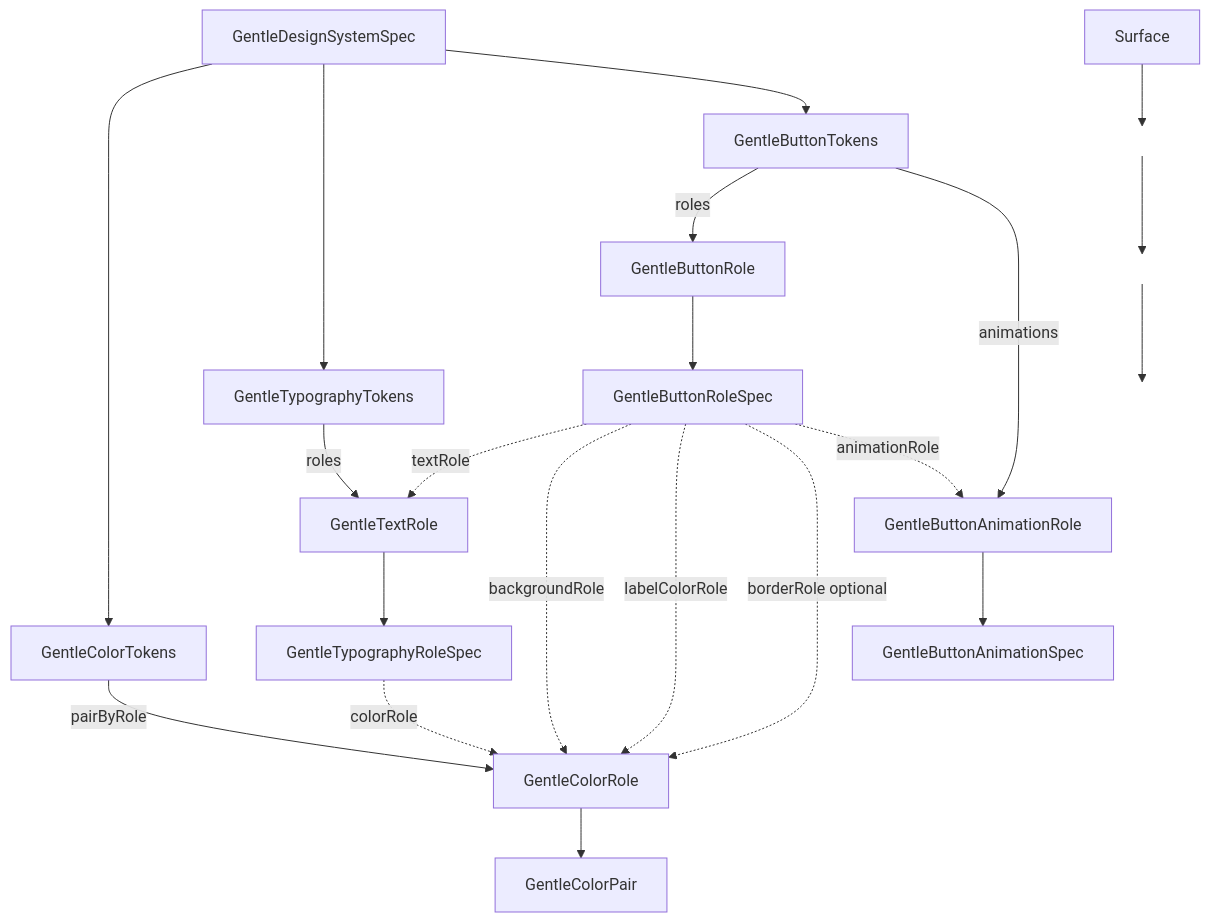
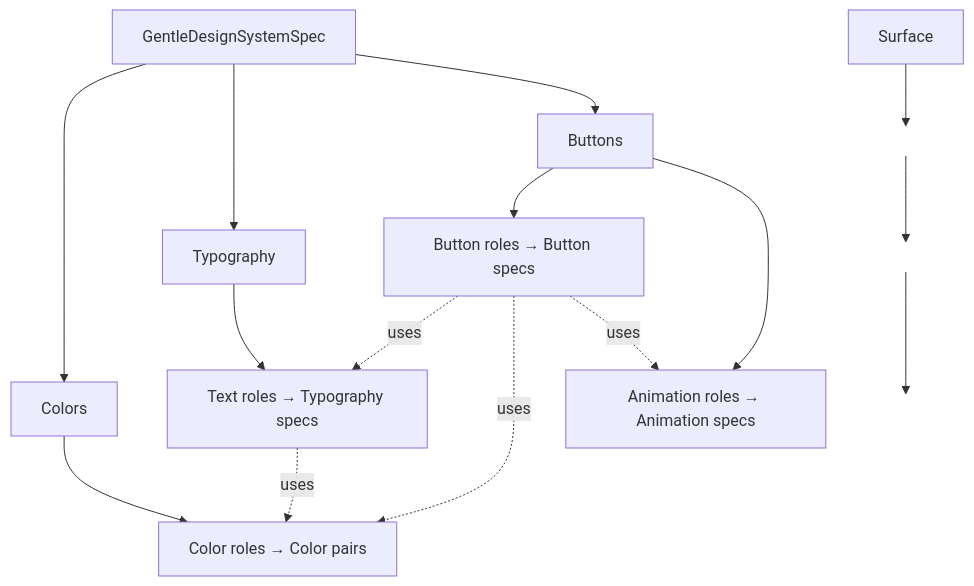
One commit to gentle-giraffe-apps/GentleDesignSystem changed the second of 3 diagrams in README.md. Above: the diagram before and after it, drawn with Mermaid.

Commit message:
doc: readme: improve Token Composition diagram

````diff
--- a/README.md
+++ b/README.md
@@ -125,39 +125,28 @@
 ```mermaid
 flowchart TB
   Spec[GentleDesignSystemSpec]
-  Spec --> Colors[GentleColorTokens]
-  Spec --> Typography[GentleTypographyTokens]
-  Spec --> Buttons[GentleButtonTokens]
+  Spec --> Colors[Colors]
+  Spec --> Type[Typography]
+  Spec --> Buttons[Buttons]
 
-  %% Colors
-  Colors -->|pairByRole| ColorRole[GentleColorRole]
-  ColorRole --> Pair[GentleColorPair]
+  Colors --> CR[Color roles → Color pairs]
+  Type --> TR[Text roles → Typography specs]
+  Buttons --> BR[Button roles → Button specs]
+  Buttons --> AR[Animation roles → Animation specs]
 
-  %% Typography
-  Typography -->|roles| TextRole[GentleTextRole]
-  TextRole --> TypoSpec[GentleTypographyRoleSpec]
-  TypoSpec -.->|colorRole| ColorRole
-
-  %% Buttons
-  Buttons -->|roles| ButtonRole[GentleButtonRole]
-  ButtonRole --> ButtonSpec[GentleButtonRoleSpec]
-
-  ButtonSpec -.->|textRole| TextRole
-  ButtonSpec -.->|backgroundRole| ColorRole
-  ButtonSpec -.->|labelColorRole| ColorRole
-  ButtonSpec -.->|borderRole optional| ColorRole
-
-  Buttons -->|animations| AnimRole[GentleButtonAnimationRole]
-  AnimRole --> AnimSpec[GentleButtonAnimationSpec]
-  ButtonSpec -.->|animationRole| AnimRole
+  %% Cross references (the important part)
+  TR -.uses.-> CR
+  BR -.uses.-> TR
+  BR -.uses.-> CR
+  BR -.uses.-> AR
 
   %% --- Spacer nodes to force extra bottom height ---
   SpacerA[" "]:::spacer
   SpacerB[" "]:::spacer
   SpacerC[" "]:::spacer
   Surface --> SpacerA
   SpacerA --> SpacerB
   SpacerB --> SpacerC
 
   classDef spacer fill:transparent,stroke:transparent,color:transparent;
 ```
````
